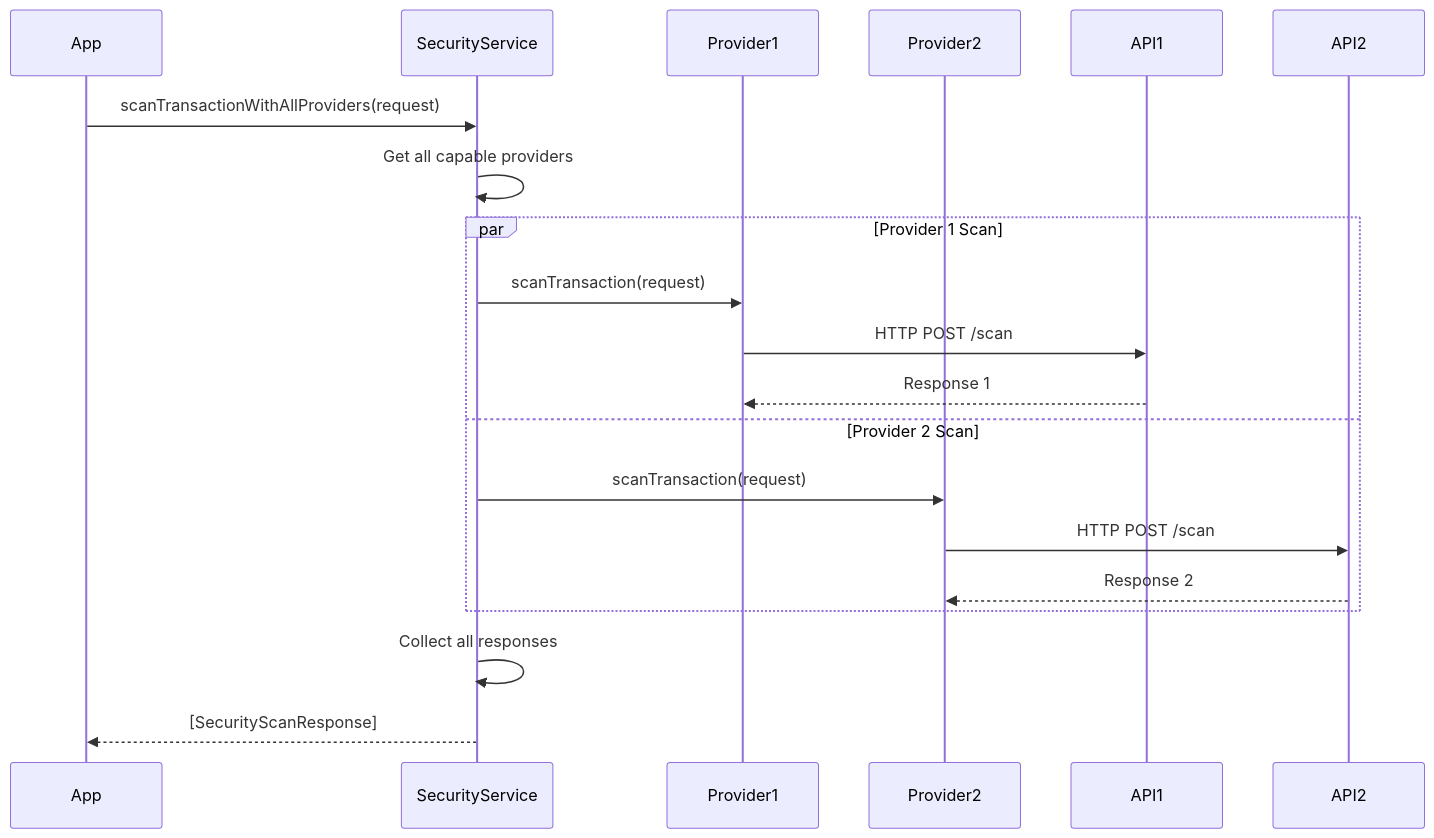
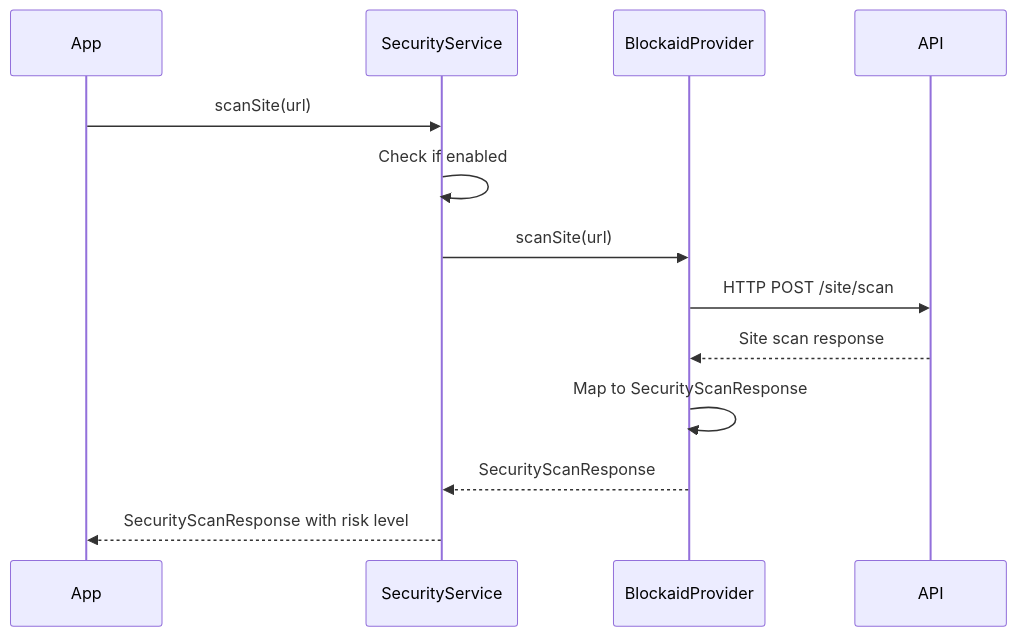
One commit to vultisig/vultisig-ios changed the third of 3 diagrams in VultisigApp/VultisigApp/Services/Security/docs/Security.md. Above: the diagram before and after it, drawn with Mermaid. The commit also changed other lines of this file, not shown here.

First line of the commit message:
Add site scanning capabilities and update documentation

````diff
--- a/VultisigApp/VultisigApp/Services/Security/docs/Security.md
+++ b/VultisigApp/VultisigApp/Services/Security/docs/Security.md
@@ -241,25 +280,16 @@
 ```mermaid
 sequenceDiagram
     participant App
     participant SecurityService
-    participant Provider1
-    participant Provider2
-    participant API1
-    participant API2
+    participant BlockaidProvider
+    participant API
     
-    App->>SecurityService: scanTransactionWithAllProviders(request)
-    SecurityService->>SecurityService: Get all capable providers
-    
-    par Provider 1 Scan
-        SecurityService->>Provider1: scanTransaction(request)
-        Provider1->>API1: HTTP POST /scan
-        API1-->>Provider1: Response 1
-    and Provider 2 Scan  
-        SecurityService->>Provider2: scanTransaction(request)
-        Provider2->>API2: HTTP POST /scan
-        API2-->>Provider2: Response 2
-    end
-    
-    SecurityService->>SecurityService: Collect all responses
-    SecurityService-->>App: [SecurityScanResponse]
+    App->>SecurityService: scanSite(url)
+    SecurityService->>SecurityService: Check if enabled
+    SecurityService->>BlockaidProvider: scanSite(url)
+    BlockaidProvider->>API: HTTP POST /site/scan
+    API-->>BlockaidProvider: Site scan response
+    BlockaidProvider->>BlockaidProvider: Map to SecurityScanResponse
+    BlockaidProvider-->>SecurityService: SecurityScanResponse
+    SecurityService-->>App: SecurityScanResponse with risk level
 ```
````
